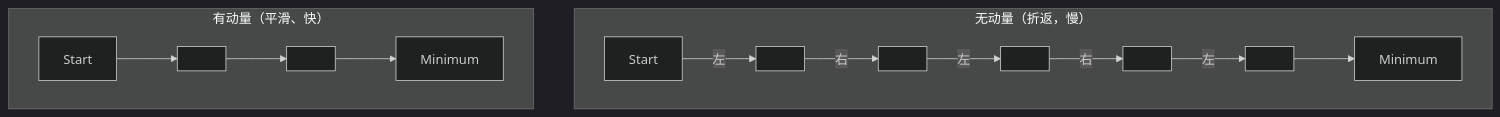
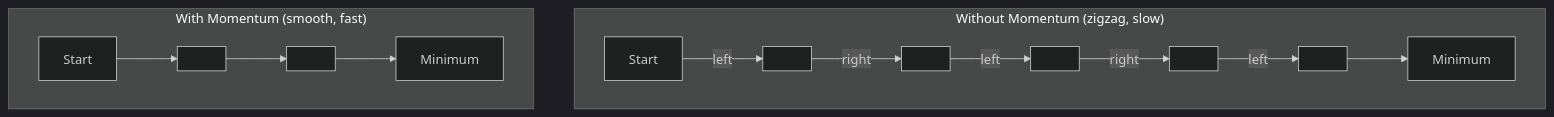
The third of 5 diagrams in phases/01-math-foundations/08-optimization/docs/zh.md (omigaZen/ai-engineering-from-scratch), drawn with Mermaid (dark theme) before and after one commit. The commit also changed other lines of this file and 32 other files, not shown here.

````diff
--- a/phases/01-math-foundations/08-optimization/docs/zh.md
+++ b/phases/01-math-foundations/08-optimization/docs/zh.md
@@ -104,14 +104,14 @@
 ```mermaid
 graph TD
-    subgraph Without["无动量（折返，慢）"]
-        W1["Start"] -->|左| W2[" "]
-        W2 -->|右| W3[" "]
-        W3 -->|左| W4[" "]
-        W4 -->|右| W5[" "]
-        W5 -->|左| W6[" "]
+    subgraph Without["Without Momentum (zigzag, slow)"]
+        W1["Start"] -->|left| W2[" "]
+        W2 -->|right| W3[" "]
+        W3 -->|left| W4[" "]
+        W4 -->|right| W5[" "]
+        W5 -->|left| W6[" "]
         W6 --> W7["Minimum"]
     end
-    subgraph With["有动量（平滑、快）"]
+    subgraph With["With Momentum (smooth, fast)"]
         M1["Start"] --> M2[" "] --> M3[" "] --> M4["Minimum"]
     end
 ```
````
